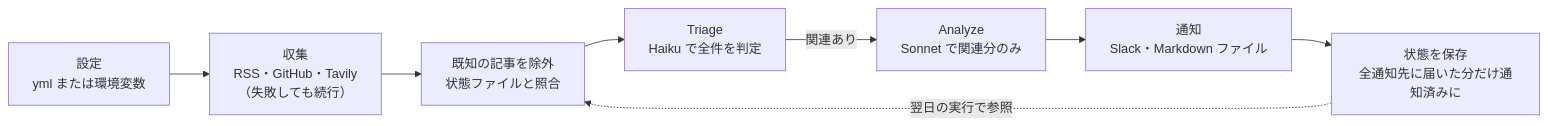
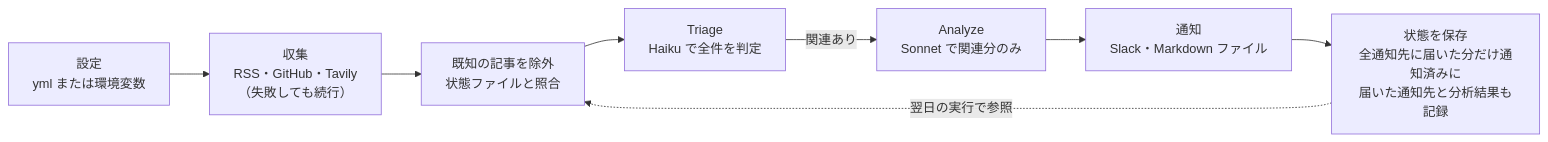
The diagram in docs/SPEC.md (tanatyu12/pochi), drawn with Mermaid before and after one commit. The commit also changed other lines of this file and 9 other files, not shown here.

````diff
--- a/docs/SPEC.md
+++ b/docs/SPEC.md
@@ -180,10 +186,10 @@
 ```mermaid
 flowchart LR
   config["設定<br/>yml または環境変数"] --> collect["収集<br/>RSS・GitHub・Tavily<br/>（失敗しても続行）"]
   collect --> dedupe["既知の記事を除外<br/>状態ファイルと照合"]
   dedupe --> triage["Triage<br/>Haiku で全件を判定"]
   triage -- 関連あり --> analyze["Analyze<br/>Sonnet で関連分のみ"]
   analyze --> notify["通知<br/>Slack・Markdown ファイル"]
-  notify --> save["状態を保存<br/>全通知先に届いた分だけ通知済みに"]
+  notify --> save["状態を保存<br/>全通知先に届いた分だけ通知済みに<br/>届いた通知先と分析結果も記録"]
   save -. 翌日の実行で参照 .-> dedupe
 ```
````
